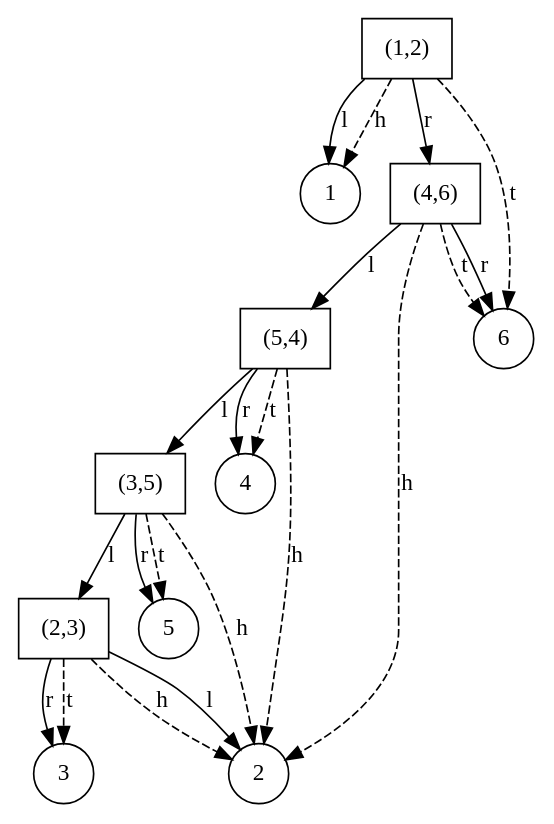
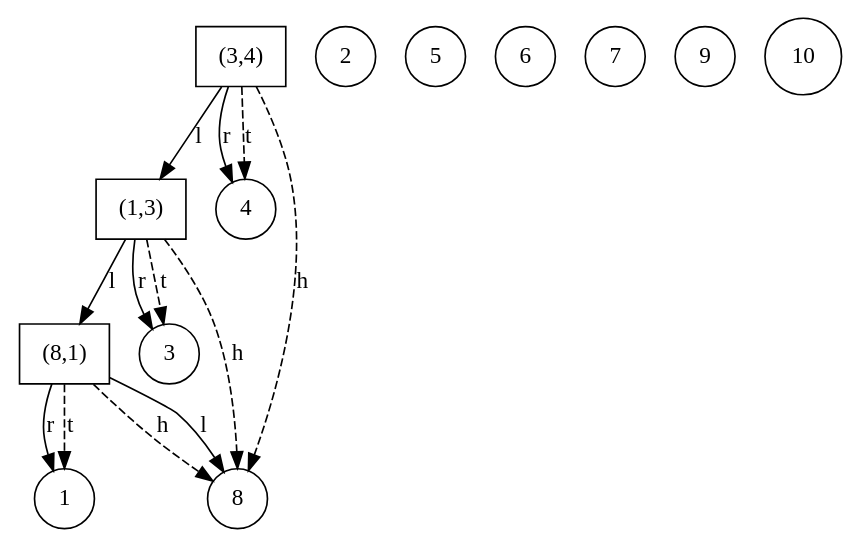
One commit to Musab1Blaser/DynamicTrees_NF changed the diagram in ST_Tree/src/internal_graph.dot. Above: the diagram before and after it, drawn with Graphviz. The commit also changed 24 other files, not shown here.

Commit message:
changes made for graph generation

```diff
--- a/ST_Tree/src/internal_graph.dot
+++ b/ST_Tree/src/internal_graph.dot
@@ -1,33 +1,27 @@
 digraph G {
-"(1,2)" [shape=box];
+"(3,4)" [shape=box];
+"(3,4)" -> "(1,3)" [label=l];
+4 [shape=circle];
+"(3,4)" -> 4 [label=r];
+"(3,4)" -> 8 [style=dashed, label = h];
+"(3,4)" -> 4 [style=dashed, label = t];
+"(1,3)" [shape=box];
+"(1,3)" -> "(8,1)" [label=l];
+3 [shape=circle];
+"(1,3)" -> 3 [label=r];
+"(1,3)" -> 8 [style=dashed, label = h];
+"(1,3)" -> 3 [style=dashed, label = t];
+"(8,1)" [shape=box];
+8 [shape=circle];
+"(8,1)" -> 8 [label=l];
 1 [shape=circle];
-"(1,2)" -> 1 [label=l];
-"(1,2)" -> "(4,6)" [label=r];
-"(1,2)" -> 1 [style=dashed, label = h];
-"(1,2)" -> 6 [style=dashed, label = t];
-"(4,6)" [shape=box];
-"(4,6)" -> "(5,4)" [label=l];
+"(8,1)" -> 1 [label=r];
+"(8,1)" -> 8 [style=dashed, label = h];
+"(8,1)" -> 1 [style=dashed, label = t];
+2 [shape=circle];
+5 [shape=circle];
 6 [shape=circle];
-"(4,6)" -> 6 [label=r];
-"(4,6)" -> 2 [style=dashed, label = h];
-"(4,6)" -> 6 [style=dashed, label = t];
-"(5,4)" [shape=box];
-"(5,4)" -> "(3,5)" [label=l];
-4 [shape=circle];
-"(5,4)" -> 4 [label=r];
-"(5,4)" -> 2 [style=dashed, label = h];
-"(5,4)" -> 4 [style=dashed, label = t];
-"(3,5)" [shape=box];
-"(3,5)" -> "(2,3)" [label=l];
-5 [shape=circle];
-"(3,5)" -> 5 [label=r];
-"(3,5)" -> 2 [style=dashed, label = h];
-"(3,5)" -> 5 [style=dashed, label = t];
-"(2,3)" [shape=box];
-2 [shape=circle];
-"(2,3)" -> 2 [label=l];
-3 [shape=circle];
-"(2,3)" -> 3 [label=r];
-"(2,3)" -> 2 [style=dashed, label = h];
-"(2,3)" -> 3 [style=dashed, label = t];
+7 [shape=circle];
+9 [shape=circle];
+10 [shape=circle];
 }
```
